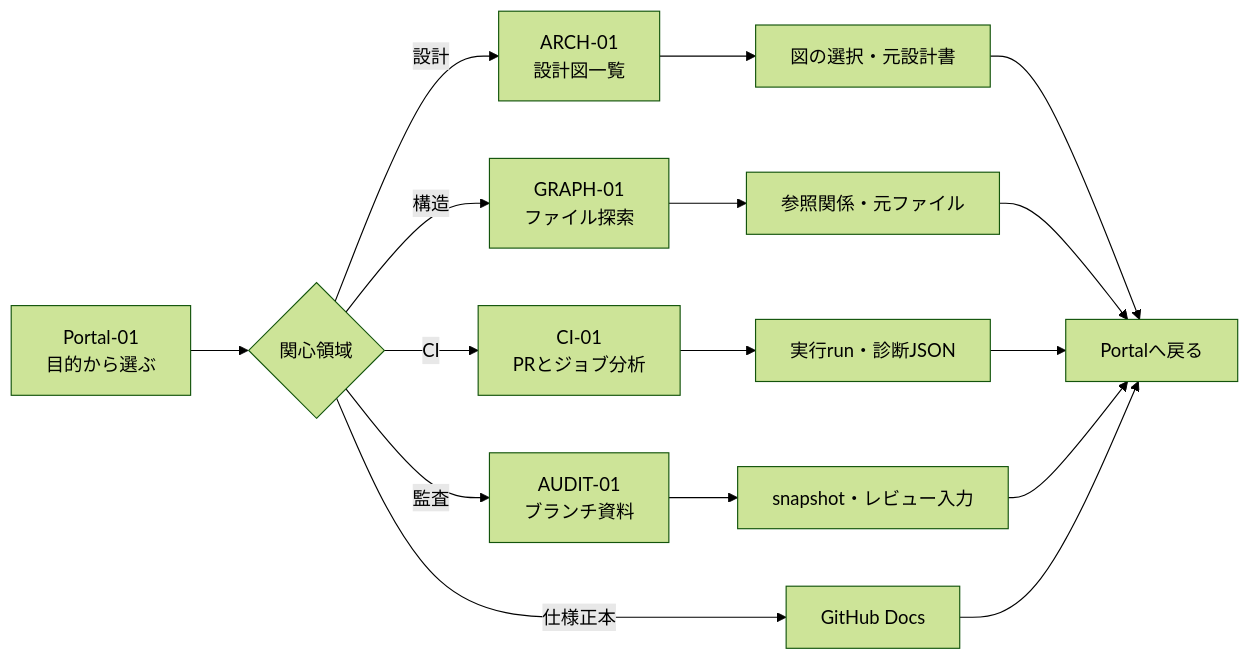
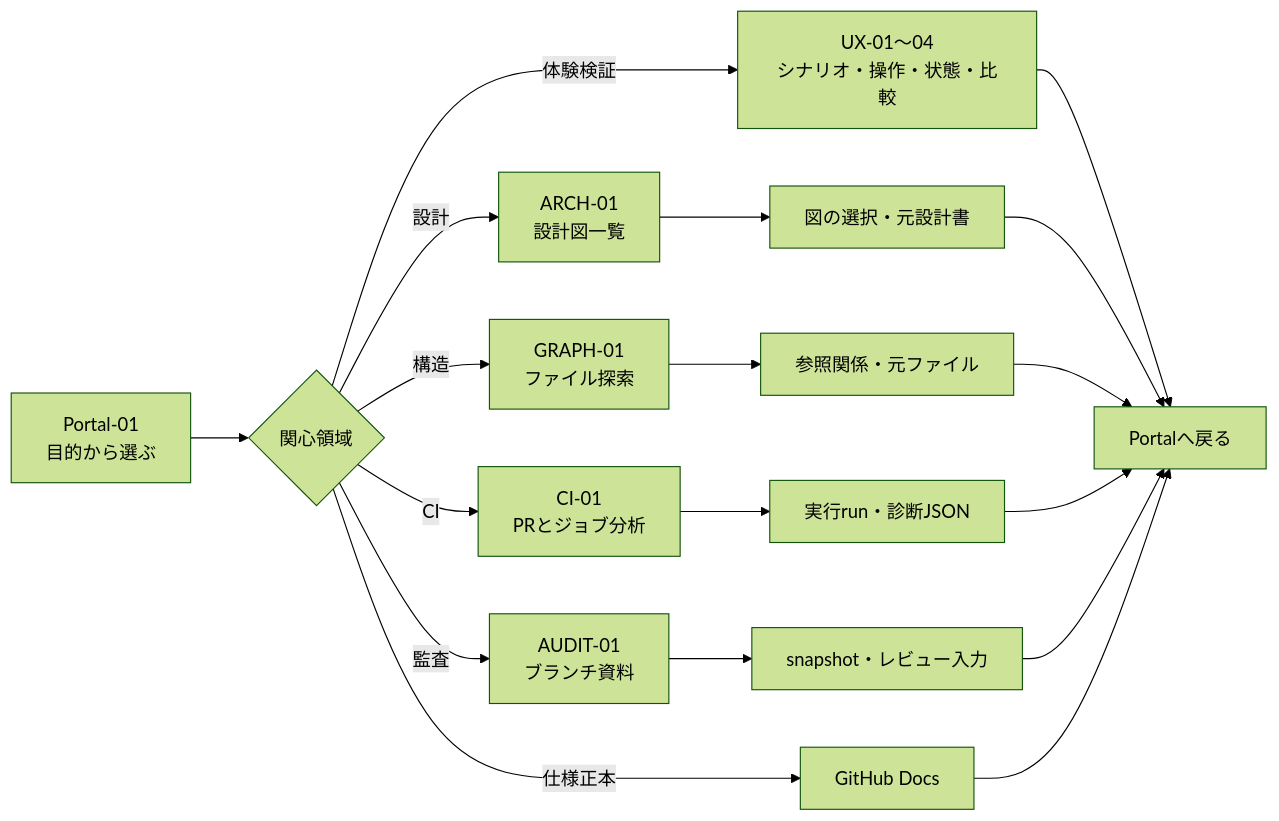
Before and after one commit to yohn-jp/codexia: the second of 7 diagrams in docs/design/DEVELOPMENT-PAGES-UX.md, drawn with Mermaid (forest theme). The commit also changed other lines of this file and 4 other files, not shown here.

````diff
--- a/docs/design/DEVELOPMENT-PAGES-UX.md
+++ b/docs/design/DEVELOPMENT-PAGES-UX.md
@@ -76,18 +79,20 @@
 ```mermaid
 flowchart LR
     OPEN["Portal-01<br/>目的から選ぶ"] --> SELECT{"関心領域"}
     SELECT -->|設計| A["ARCH-01<br/>設計図一覧"]
+    SELECT -->|体験検証| U["UX-01〜04<br/>シナリオ・操作・状態・比較"]
+    U --> HOME
     SELECT -->|構造| G["GRAPH-01<br/>ファイル探索"]
     SELECT -->|CI| C["CI-01<br/>PRとジョブ分析"]
     SELECT -->|監査| S["AUDIT-01<br/>ブランチ資料"]
     SELECT -->|仕様正本| D["GitHub Docs"]
     A --> DETAIL["図の選択・元設計書"]
     G --> SOURCE["参照関係・元ファイル"]
     C --> ACTIONS["実行run・診断JSON"]
     S --> MATERIAL["snapshot・レビュー入力"]
     DETAIL --> HOME["Portalへ戻る"]
     SOURCE --> HOME
     ACTIONS --> HOME
     MATERIAL --> HOME
     D --> HOME
 ```
````
